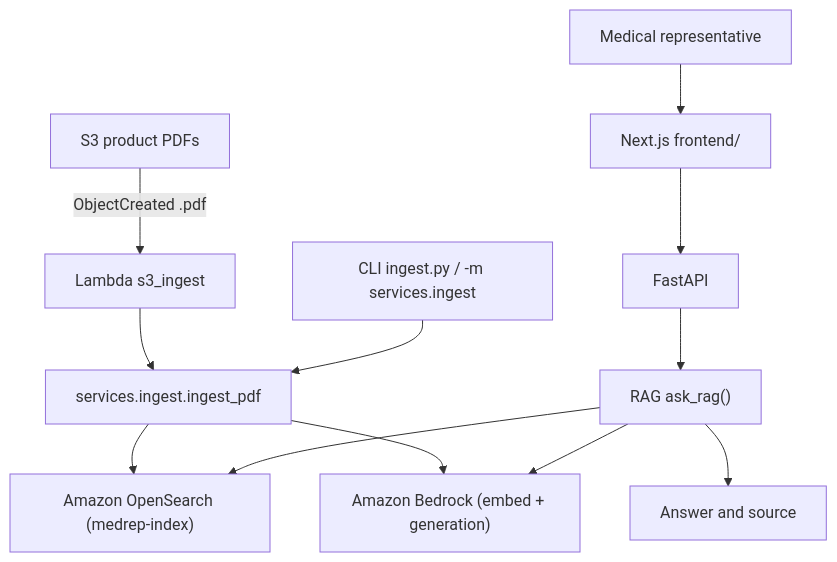
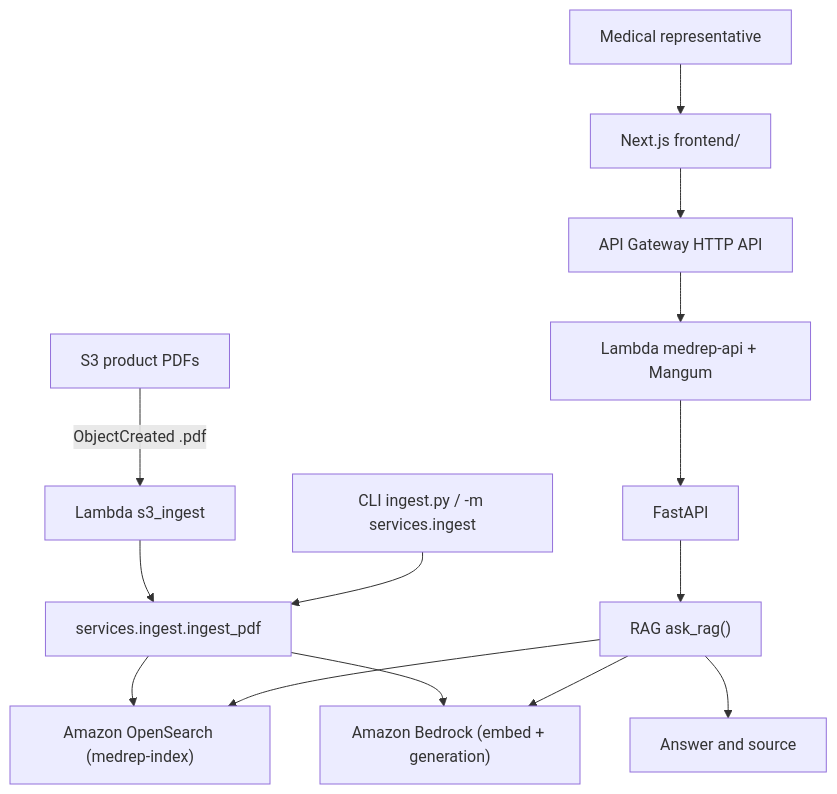
One commit to kaushanj/medrep-ai changed the diagram in docs/technical/architecture.md. Above: the diagram before and after it, drawn with Mermaid. The commit also changed other lines of this file and 5 other files, not shown here.

Commit message:
feat: Introduce infra/api-template.yaml (HTTP API → Lambda) and deployment docs; keep the ingest stack separate.

````diff
--- a/docs/technical/architecture.md
+++ b/docs/technical/architecture.md
@@ -17,26 +19,30 @@
 ```mermaid
 flowchart TD
     s3["S3 product PDFs"]
     lambda["Lambda s3_ingest"]
     ingest["services.ingest.ingest_pdf"]
     cli["CLI ingest.py / -m services.ingest"]
     rep[Medical representative]
     frontend["Next.js frontend/"]
+    apigw["API Gateway HTTP API"]
+    apiLambda["Lambda medrep-api + Mangum"]
     api[FastAPI]
     rag["RAG ask_rag()"]
     opensearch["Amazon OpenSearch (medrep-index)"]
     bedrock["Amazon Bedrock (embed + generation)"]
     result[Answer and source]
 
     s3 -->|"ObjectCreated .pdf"| lambda
     lambda --> ingest
     cli --> ingest
     ingest --> opensearch
     ingest --> bedrock
     rep --> frontend
-    frontend --> api
+    frontend --> apigw
+    apigw --> apiLambda
+    apiLambda --> api
     api --> rag
     rag --> opensearch
     rag --> bedrock
     rag --> result
 ```
````
